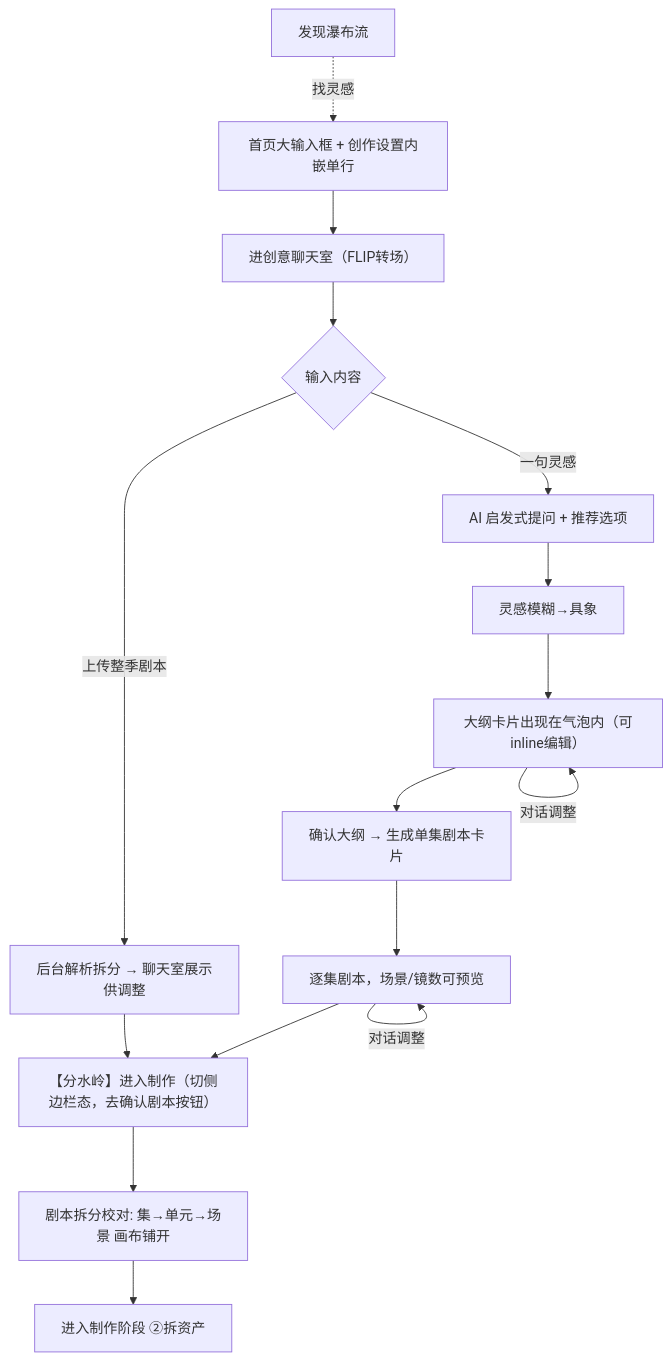
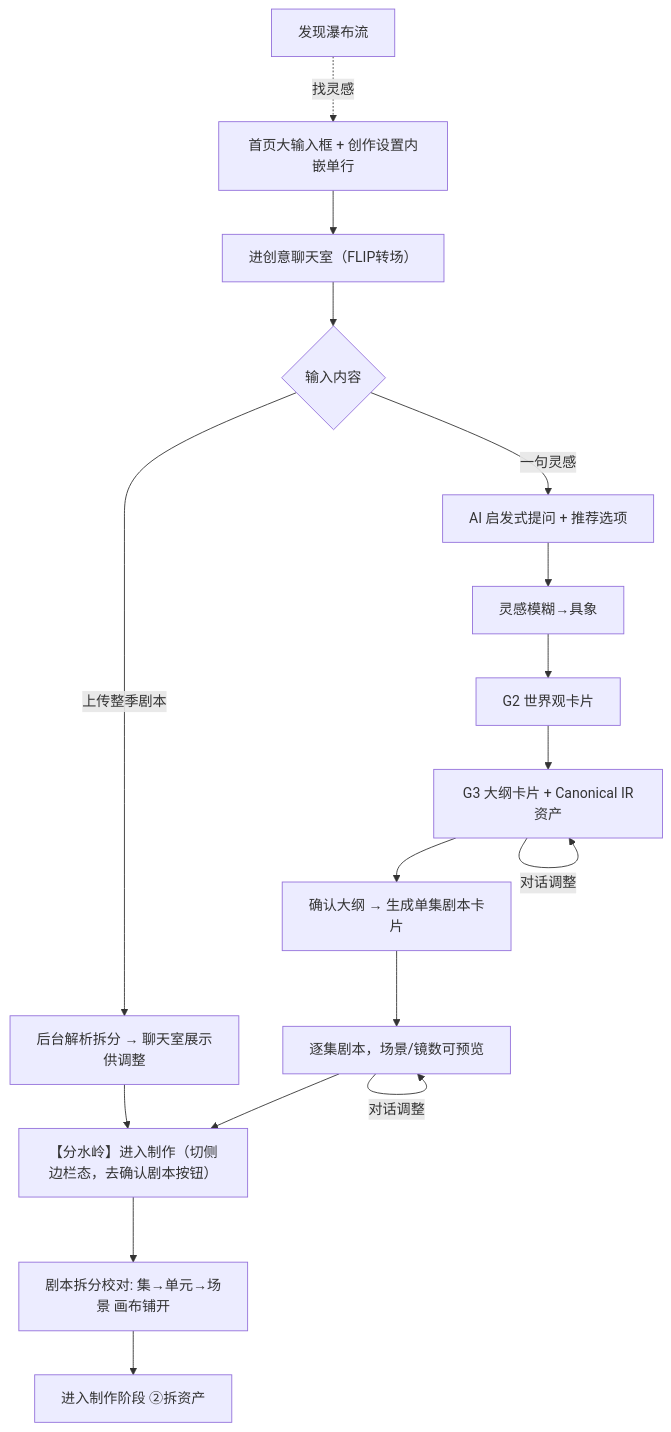
The second of 6 diagrams in prd/整理后/02-frontend-ux.md (helix381/actnow), drawn with Mermaid before and after one commit. The commit also changed other lines of this file and 21 other files, not shown here.

````diff
--- a/prd/整理后/02-frontend-ux.md
+++ b/prd/整理后/02-frontend-ux.md
@@ -280,18 +286,19 @@
 ```mermaid
 flowchart TD
     Home[首页大输入框 + 创作设置内嵌单行] --> Chat[进创意聊天室（FLIP转场）]
     Chat --> What{输入内容}
     What -->|一句灵感| Ask[AI 启发式提问 + 推荐选项]
     Ask --> Conc[灵感模糊→具象]
-    Conc --> Outline[大纲卡片出现在气泡内（可inline编辑）]
+    Conc --> World[G2 世界观卡片]
+    World --> Outline[G3 大纲卡片 + Canonical IR资产]
     Outline -->|对话调整| Outline
     Outline --> ConfirmOutline[确认大纲 → 生成单集剧本卡片]
     ConfirmOutline --> Script[逐集剧本，场景/镜数可预览]
     Script -->|对话调整| Script
     What -->|上传整季剧本| Parse[后台解析拆分 → 聊天室展示供调整]
     Script --> WS[【分水岭】进入制作（切侧边栏态，去确认剧本按钮）]
     Parse --> WS
     WS --> Split[剧本拆分校对: 集→单元→场景 画布铺开]
     Split --> Done[进入制作阶段 ②拆资产]
     Disc[发现瀑布流] -.找灵感.-> Home
 ```
````
